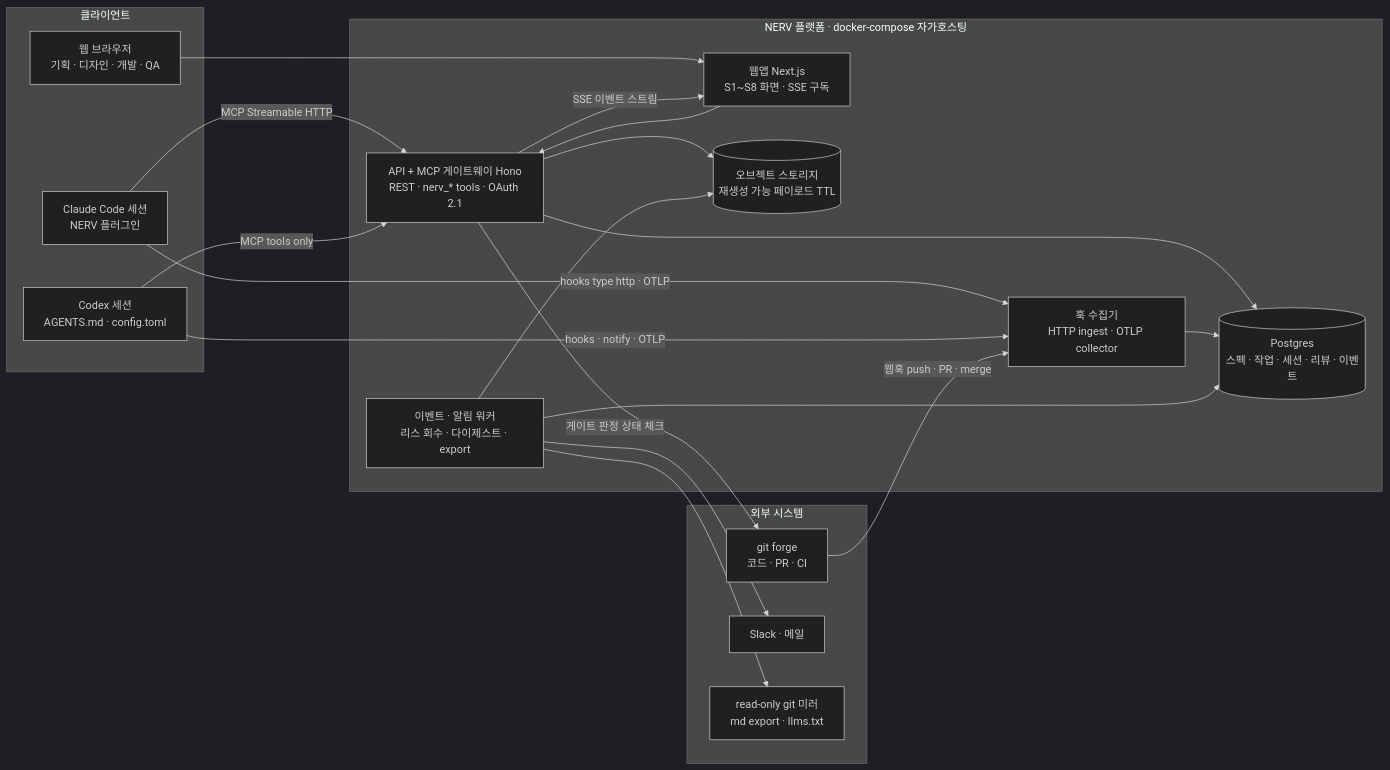
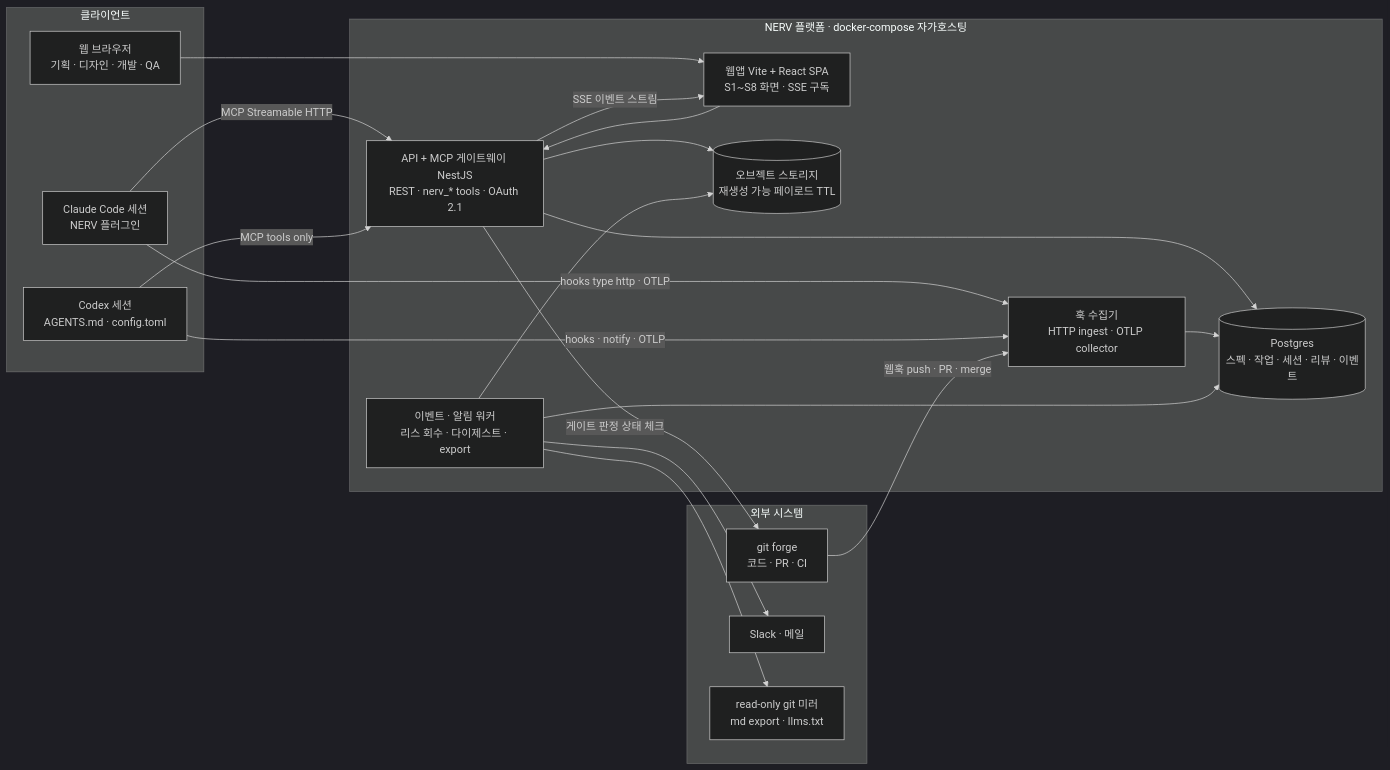
One commit to worker-ants/nerv changed the first of 6 diagrams in docs/03-proposal/architecture.md. Above: the diagram before and after it, drawn with Mermaid (dark theme). The commit also changed other lines of this file and 4 other files, not shown here.

First line of the commit message:
docs: 기술 스택 확정 — 백엔드 NestJS, 프론트엔드 Vite

````diff
--- a/docs/03-proposal/architecture.md
+++ b/docs/03-proposal/architecture.md
@@ -24,40 +24,40 @@
 ```mermaid
 flowchart LR
   subgraph CL["클라이언트"]
     CC["Claude Code 세션<br/>NERV 플러그인"]
     CX["Codex 세션<br/>AGENTS.md · config.toml"]
     BR["웹 브라우저<br/>기획 · 디자인 · 개발 · QA"]
   end
 
   subgraph NV["NERV 플랫폼 · docker-compose 자가호스팅"]
-    WEB["웹앱 Next.js<br/>S1~S8 화면 · SSE 구독"]
-    API["API + MCP 게이트웨이 Hono<br/>REST · nerv_* tools · OAuth 2.1"]
+    WEB["웹앱 Vite + React SPA<br/>S1~S8 화면 · SSE 구독"]
+    API["API + MCP 게이트웨이 NestJS<br/>REST · nerv_* tools · OAuth 2.1"]
     ING["훅 수집기<br/>HTTP ingest · OTLP collector"]
     WRK["이벤트 · 알림 워커<br/>리스 회수 · 다이제스트 · export"]
     PG[("Postgres<br/>스펙 · 작업 · 세션 · 리뷰 · 이벤트")]
     OBJ[("오브젝트 스토리지<br/>재생성 가능 페이로드 TTL")]
   end
 
   subgraph EX["외부 시스템"]
     FORGE["git forge<br/>코드 · PR · CI"]
     CHAN["Slack · 메일"]
     MIR["read-only git 미러<br/>md export · llms.txt"]
   end
 
   BR --> WEB
   WEB --> API
   CC -->|"MCP Streamable HTTP"| API
   CX -->|"MCP tools only"| API
   CC -->|"hooks type http · OTLP"| ING
   CX -->|"hooks · notify · OTLP"| ING
   FORGE -->|"웹훅 push · PR · merge"| ING
   API --> PG
   ING --> PG
   WRK --> PG
   API --> OBJ
   WRK --> OBJ
   API -->|"SSE 이벤트 스트림"| WEB
   API -->|"게이트 판정 상태 체크"| FORGE
   WRK --> CHAN
   WRK --> MIR
 ```
````
